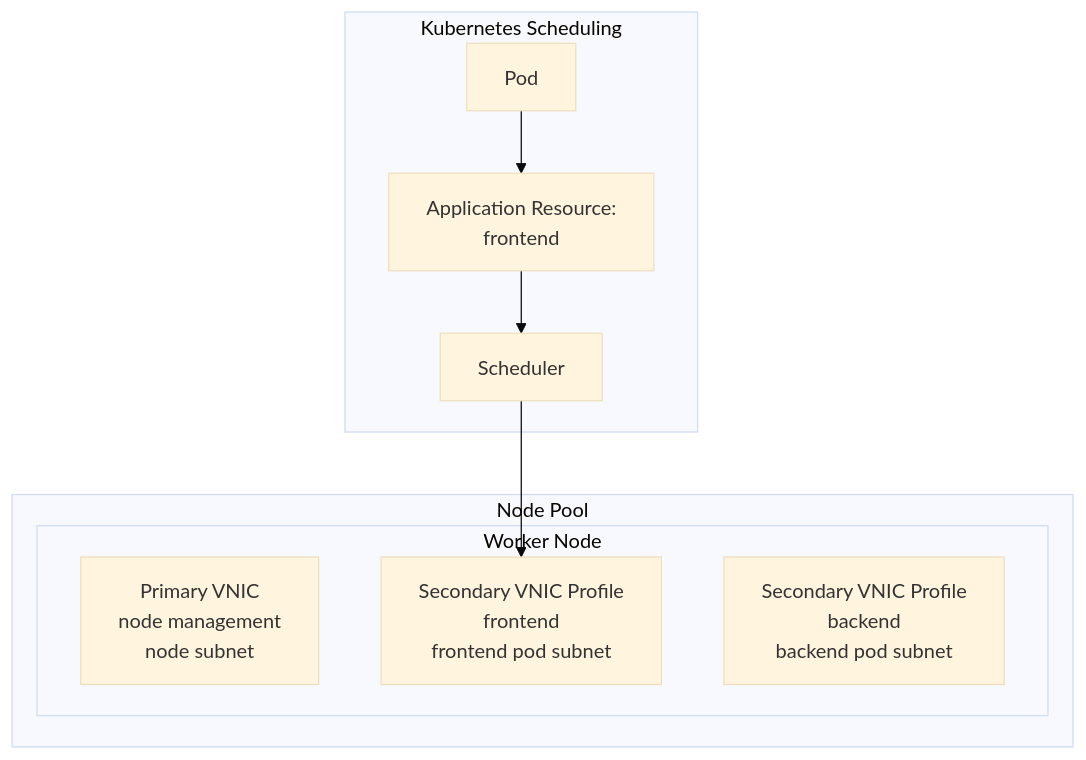
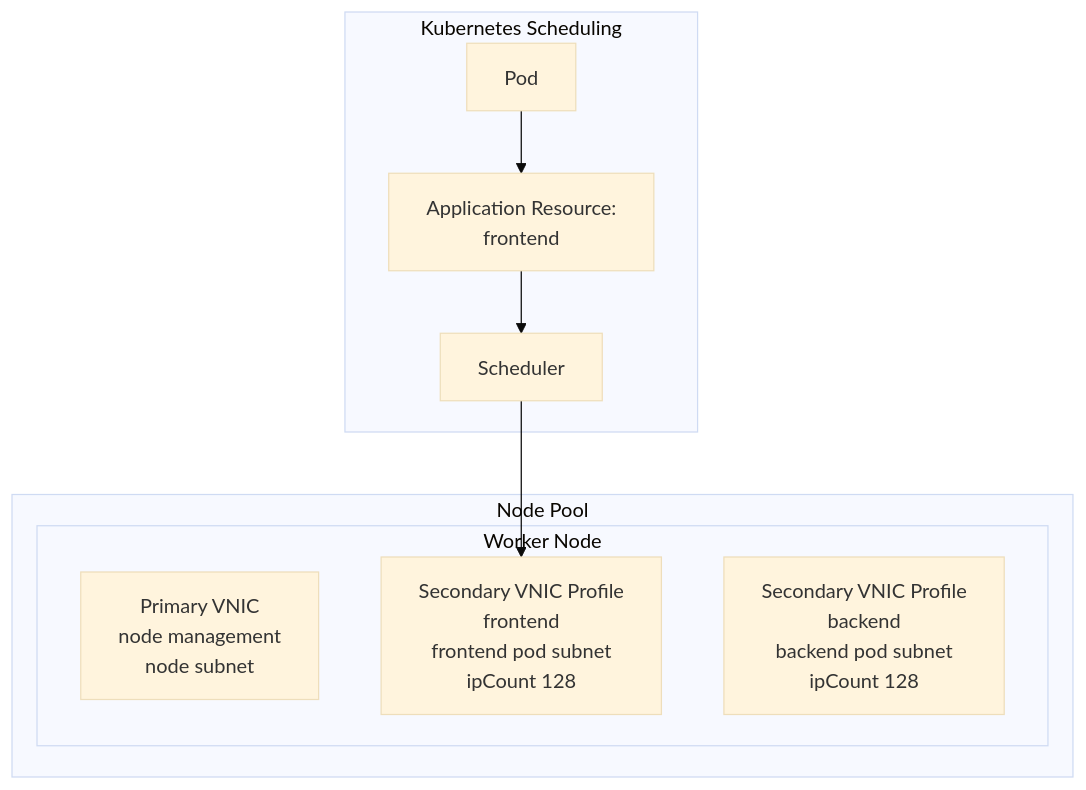
Before and after one commit to chiphwang1/gva_docs: the first of 3 diagrams in combined.md, drawn with Mermaid (base theme). The commit also changed other lines of this file, not shown here.

````diff
--- a/combined.md
+++ b/combined.md
@@ -176,27 +182,29 @@
 ```mermaid
 flowchart TB
     subgraph NP["Node Pool"]
         subgraph N1["Worker Node"]
             PV["Primary VNIC
 node management
 node subnet"]
             VF["Secondary VNIC Profile
 frontend
-frontend pod subnet"]
+frontend pod subnet
+ipCount 128"]
             VB["Secondary VNIC Profile
 backend
-backend pod subnet"]
+backend pod subnet
+ipCount 128"]
         end
     end
 
     subgraph K8S["Kubernetes Scheduling"]
         P1["Pod"]
         AR1["Application Resource:
 frontend"]
         S1["Scheduler"]
     end
 
     P1 --> AR1
     AR1 --> S1
     S1 --> VF
 ```
````
